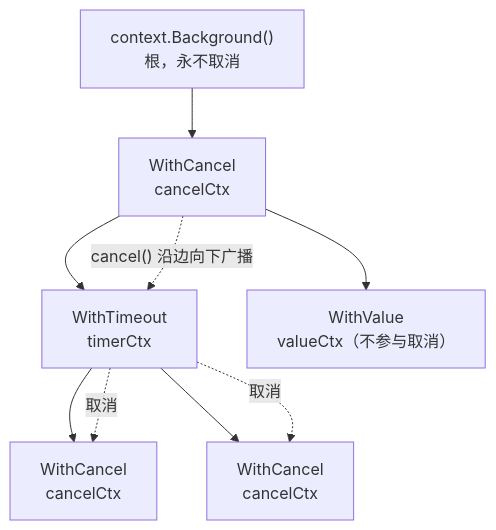
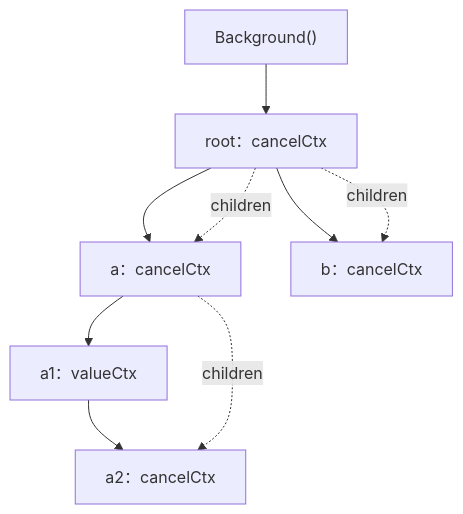
One commit to golang-design/under-the-hood changed the second of 2 diagrams in book/zh-cn/part3concurrency/ch11sync/context.md. Above: the diagram before and after it, drawn with Mermaid. The commit also changed other lines of this file and 9 other files, not shown here.

````diff
--- a/book/zh-cn/part3concurrency/ch11sync/context.md
+++ b/book/zh-cn/part3concurrency/ch11sync/context.md
@@ -164,12 +227,11 @@
 ```mermaid
 flowchart TD
-    BG["context.Background()<br/>根，永不取消"]
-    BG --> C1["WithCancel<br/>cancelCtx"]
-    C1 --> C2["WithTimeout<br/>timerCtx"]
-    C1 --> V1["WithValue<br/>valueCtx（不参与取消）"]
-    C2 --> C3["WithCancel<br/>cancelCtx"]
-    C2 --> C4["WithCancel<br/>cancelCtx"]
-    C1 -. "cancel() 沿边向下广播" .-> C2
-    C2 -. 取消 .-> C3
-    C2 -. 取消 .-> C4
+    BG["Background()"] --> R["root：cancelCtx"]
+    R --> A["a：cancelCtx"]
+    R --> B["b：cancelCtx"]
+    A --> A1["a1：valueCtx"]
+    A1 --> A2["a2：cancelCtx"]
+    A -. "children" .-> A2
+    R -. "children" .-> A
+    R -. "children" .-> B
 ```
````
